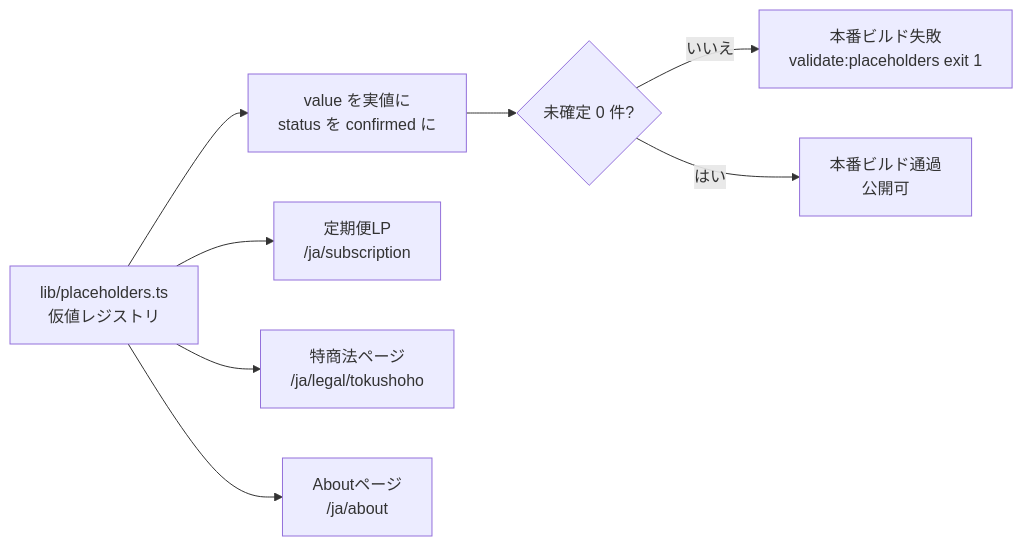
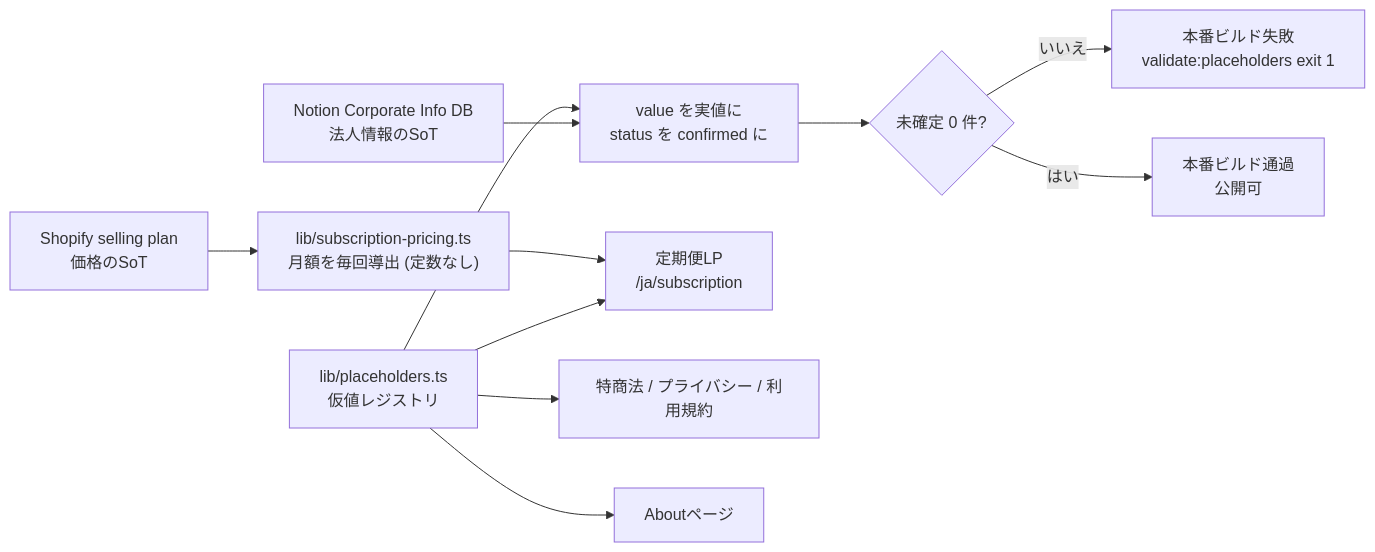
Before and after one commit to elxea/elxea-web-app: the diagram in docs/placeholders.md, drawn with Mermaid. The commit also changed other lines of this file and 10 other files, not shown here.

````diff
--- a/docs/placeholders.md
+++ b/docs/placeholders.md
@@ -27,10 +42,13 @@
 ```mermaid
 flowchart LR
   A["lib/placeholders.ts<br/>仮値レジストリ"] --> B["value を実値に<br/>status を confirmed に"]
   B --> C{"未確定 0 件?"}
   C -- いいえ --> D["本番ビルド失敗<br/>validate:placeholders exit 1"]
   C -- はい --> E["本番ビルド通過<br/>公開可"]
-  A --> F["定期便LP<br/>/ja/subscription"]
-  A --> G["特商法ページ<br/>/ja/legal/tokushoho"]
-  A --> H["Aboutページ<br/>/ja/about"]
+  F["Notion Corporate Info DB<br/>法人情報のSoT"] --> B
+  G["Shopify selling plan<br/>価格のSoT"] --> H["lib/subscription-pricing.ts<br/>月額を毎回導出 (定数なし)"]
+  H --> I["定期便LP<br/>/ja/subscription"]
+  A --> I
+  A --> J["特商法 / プライバシー / 利用規約"]
+  A --> K["Aboutページ"]
 ```
````
